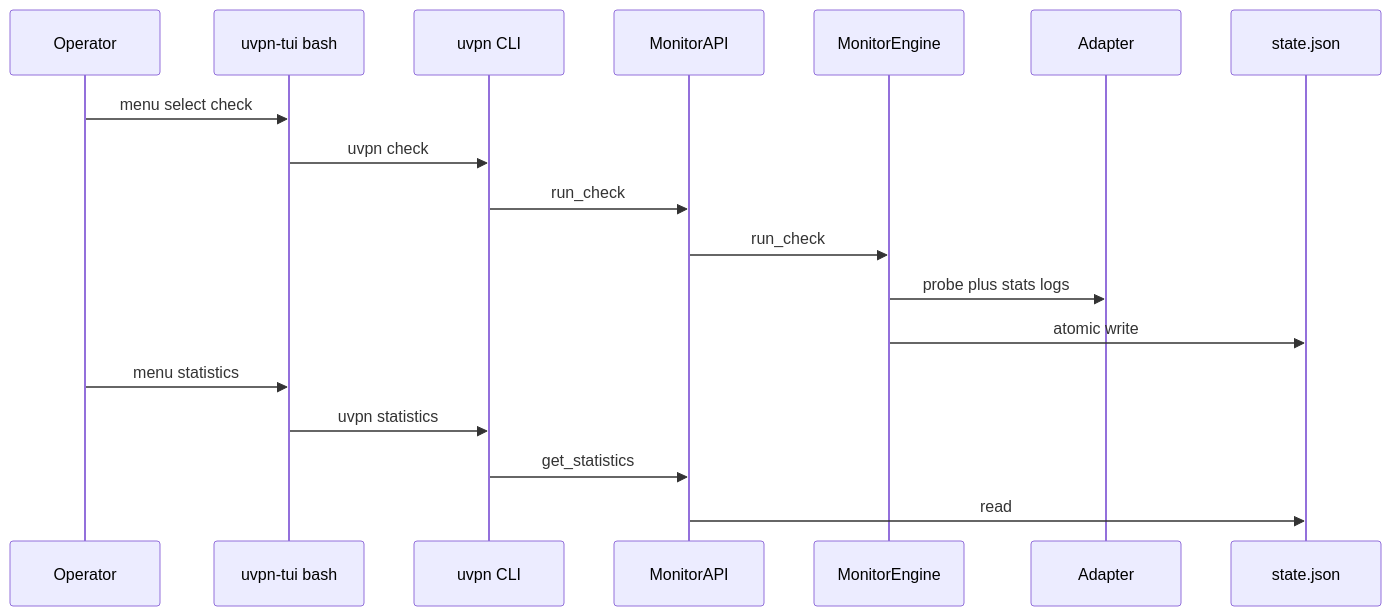
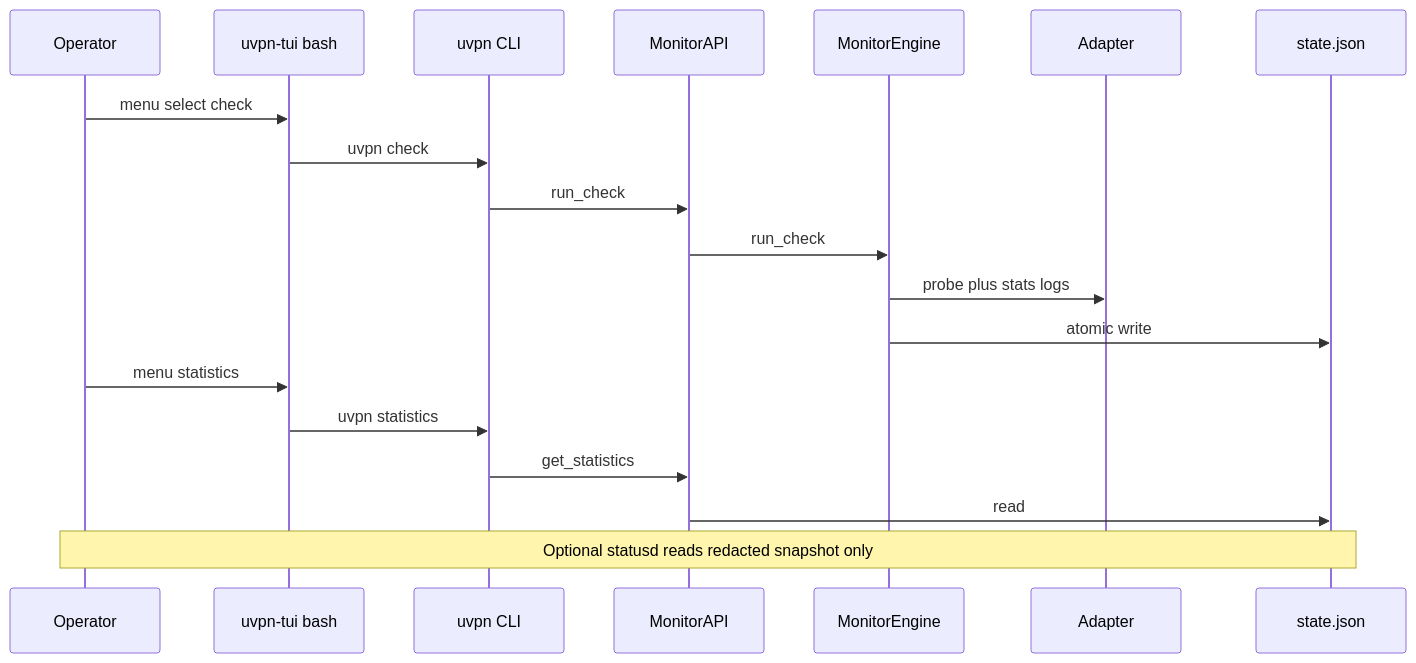
One commit to roto31/Tunnel-Monitor---Universal changed the sixth of 9 diagrams in docs/architecture/system-design.md. Above: the diagram before and after it, drawn with Mermaid. The commit also changed other lines of this file and 63 other files, not shown here.

First line of the commit message:
Add SECURITY.md and optional uvpn-statusd portal (v1.1).

````diff
--- a/docs/architecture/system-design.md
+++ b/docs/architecture/system-design.md
@@ -212,21 +257,22 @@
 ```mermaid
 sequenceDiagram
     participant Op as Operator
     participant TUI as uvpn-tui bash
     participant CLI as uvpn CLI
     participant API as MonitorAPI
     participant ENG as MonitorEngine
     participant AD as Adapter
     participant ST as state.json
 
     Op->>TUI: menu select check
     TUI->>CLI: uvpn check
     CLI->>API: run_check
     API->>ENG: run_check
     ENG->>AD: probe plus stats logs
     ENG->>ST: atomic write
     Op->>TUI: menu statistics
     TUI->>CLI: uvpn statistics
     CLI->>API: get_statistics
     API->>ST: read
+    Note over Op,ST: Optional statusd reads redacted snapshot only
 ```
````
